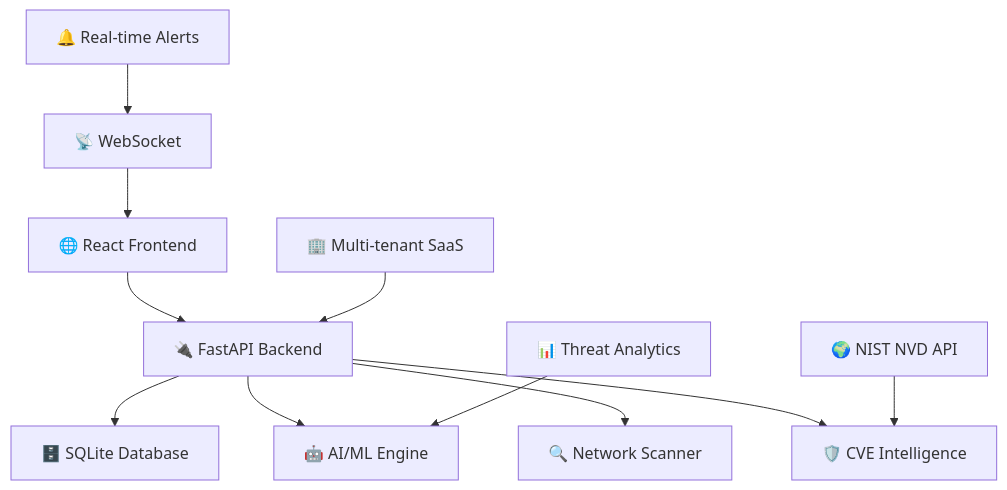
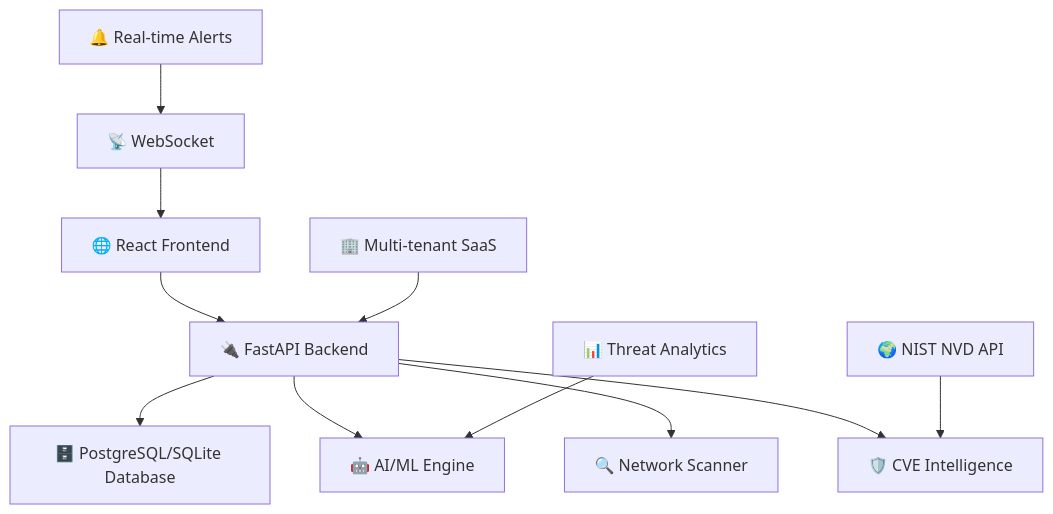
The diagram in README.md (Pmvita/SecureNet), drawn with Mermaid before and after one commit. The commit also changed other lines of this file and 41 other files, not shown here.

````diff
--- a/README.md
+++ b/README.md
@@ -256,14 +296,14 @@
 ```mermaid
 graph TB
     A[🌐 React Frontend] --> B[🔌 FastAPI Backend]
-    B --> C[🗄️ SQLite Database]
+    B --> C[🗄️ PostgreSQL/SQLite Database]
     B --> D[🤖 AI/ML Engine]
     B --> E[🔍 Network Scanner]
     B --> F[🛡️ CVE Intelligence]
     
     G[📡 WebSocket] --> A
     H[🔔 Real-time Alerts] --> G
     I[📊 Threat Analytics] --> D
     J[🌍 NIST NVD API] --> F
     K[🏢 Multi-tenant SaaS] --> B
 ```
````
